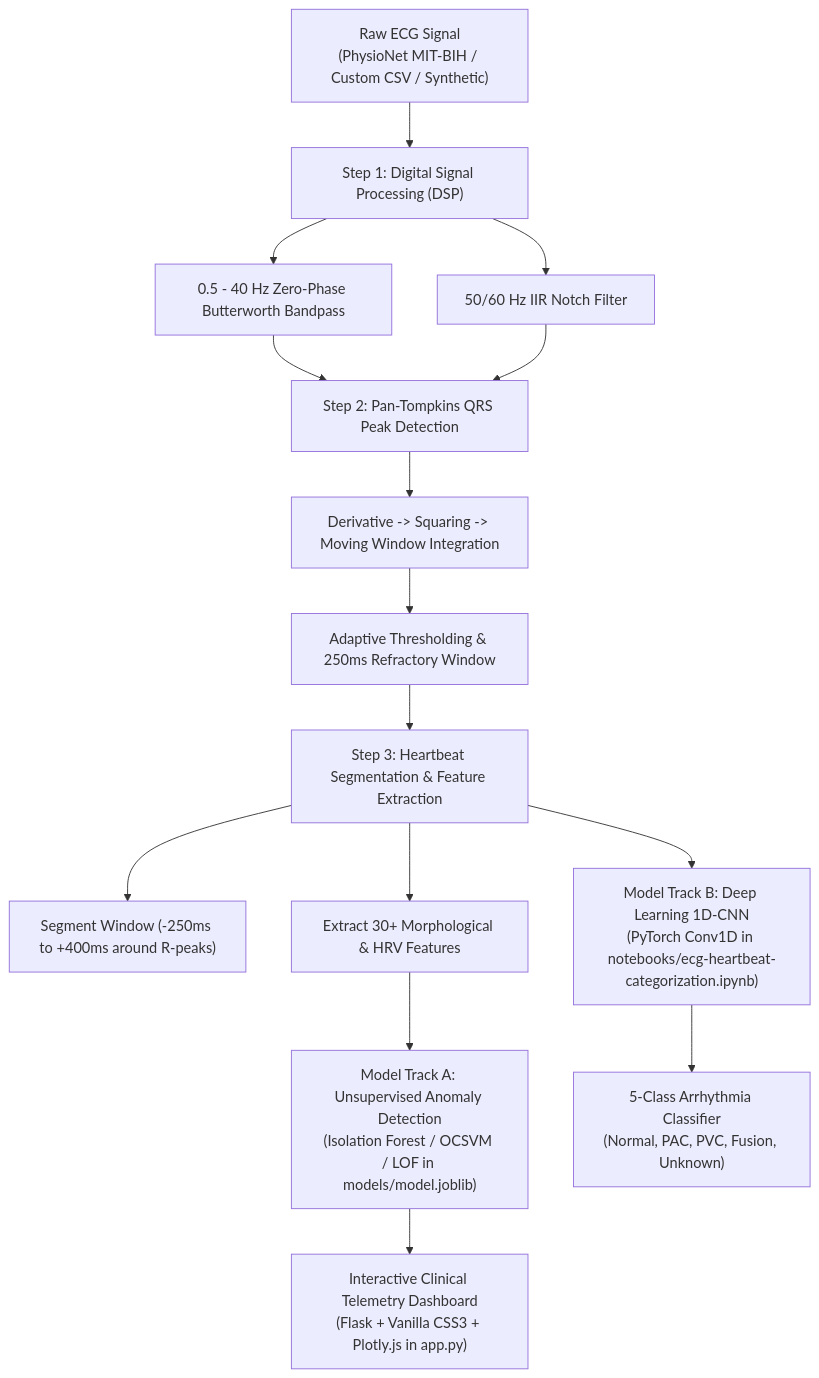
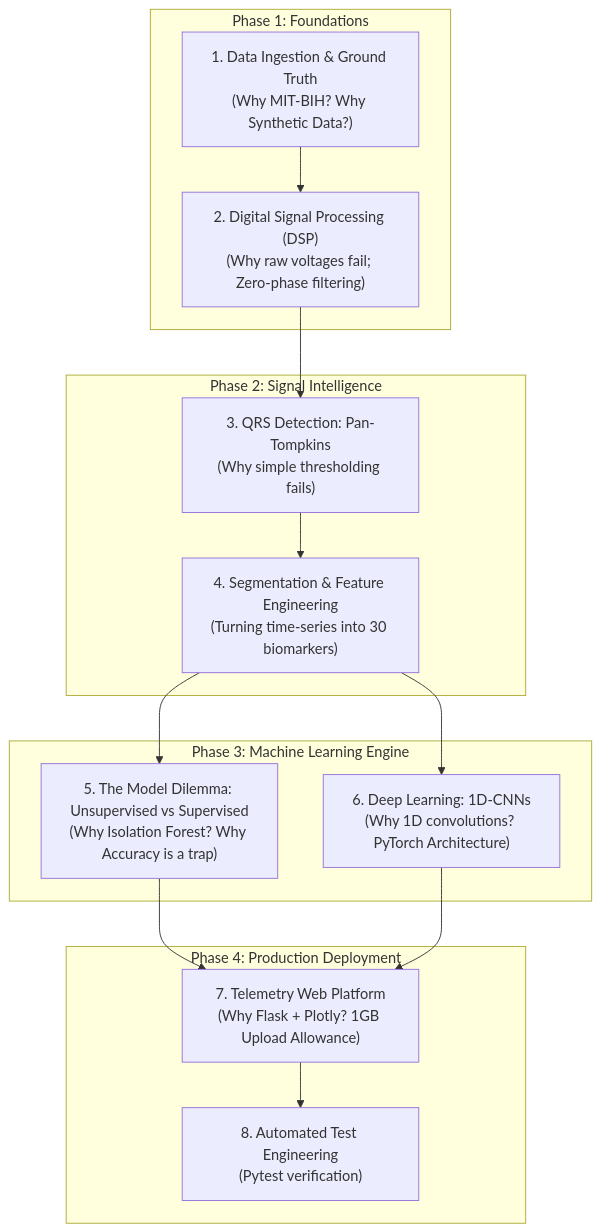
One commit to prajna0605/aids changed the first of 2 diagrams in guide.md. Above: the diagram before and after it, drawn with Mermaid. The commit also changed other lines of this file, not shown here.

Commit message:
Docs: Redesign guide.md as an architectural 'build from scratch' manual with engineering rationale

````diff
--- a/guide.md
+++ b/guide.md
@@ -17,20 +20,21 @@
 ```mermaid
 graph TD
-    A["Raw ECG Signal<br/>(PhysioNet MIT-BIH / Custom CSV / Synthetic)"] --> B["Step 1: Digital Signal Processing (DSP)"]
-    B --> B1["0.5 - 40 Hz Zero-Phase Butterworth Bandpass"]
-    B --> B2["50/60 Hz IIR Notch Filter"]
-    
-    B1 & B2 --> C["Step 2: Pan-Tompkins QRS Peak Detection"]
-    C --> C1["Derivative -> Squaring -> Moving Window Integration"]
-    C1 --> C2["Adaptive Thresholding & 250ms Refractory Window"]
-    
-    C2 --> D["Step 3: Heartbeat Segmentation & Feature Extraction"]
-    D --> D1["Segment Window (-250ms to +400ms around R-peaks)"]
-    D --> D2["Extract 30+ Morphological & HRV Features"]
-    
-    D2 --> E1["Model Track A: Unsupervised Anomaly Detection<br/>(Isolation Forest / OCSVM / LOF in models/model.joblib)"]
-    D --> E2["Model Track B: Deep Learning 1D-CNN<br/>(PyTorch Conv1D in notebooks/ecg-heartbeat-categorization.ipynb)"]
-    
-    E1 --> F1["Interactive Clinical Telemetry Dashboard<br/>(Flask + Vanilla CSS3 + Plotly.js in app.py)"]
-    E2 --> F2["5-Class Arrhythmia Classifier<br/>(Normal, PAC, PVC, Fusion, Unknown)"]
+    subgraph Phase 1: Foundations
+        P1["1. Data Ingestion & Ground Truth<br/>(Why MIT-BIH? Why Synthetic Data?)"] --> P2["2. Digital Signal Processing (DSP)<br/>(Why raw voltages fail; Zero-phase filtering)"]
+    end
+
+    subgraph Phase 2: Signal Intelligence
+        P2 --> P3["3. QRS Detection: Pan-Tompkins<br/>(Why simple thresholding fails)"]
+        P3 --> P4["4. Segmentation & Feature Engineering<br/>(Turning time-series into 30 biomarkers)"]
+    end
+
+    subgraph Phase 3: Machine Learning Engine
+        P4 --> P5["5. The Model Dilemma: Unsupervised vs Supervised<br/>(Why Isolation Forest? Why Accuracy is a trap)"]
+        P4 --> P6["6. Deep Learning: 1D-CNNs<br/>(Why 1D convolutions? PyTorch Architecture)"]
+    end
+
+    subgraph Phase 4: Production Deployment
+        P5 & P6 --> P7["7. Telemetry Web Platform<br/>(Why Flask + Plotly? 1GB Upload Allowance)"]
+        P7 --> P8["8. Automated Test Engineering<br/>(Pytest verification)"]
+    end
 ```
````
